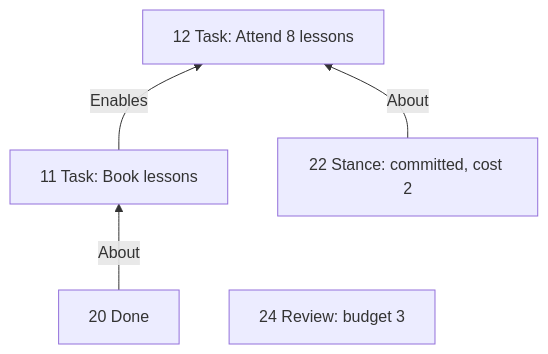
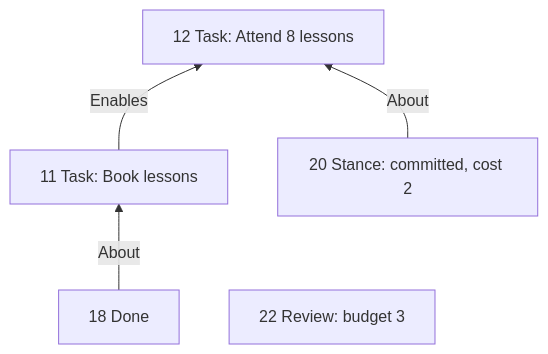
The second of 13 diagrams in docs/PLANNING-EXPLAINER.md (RezaOnGithub/lifecore), drawn with Mermaid before and after one commit. The commit also changed other lines of this file and 3 other files, not shown here.

````diff
--- a/docs/PLANNING-EXPLAINER.md
+++ b/docs/PLANNING-EXPLAINER.md
@@ -270,7 +261,7 @@
 ```mermaid
 flowchart BT
     T1["11 Task: Book lessons"] -- Enables --> T2["12 Task: Attend 8 lessons"]
-    D1["20 Done"] -- About --> T1
-    S3["22 Stance: committed, cost 2"] -- About --> T2
-    R2["24 Review: budget 3"]
+    D1["18 Done"] -- About --> T1
+    S3["20 Stance: committed, cost 2"] -- About --> T2
+    R2["22 Review: budget 3"]
 ```
````
